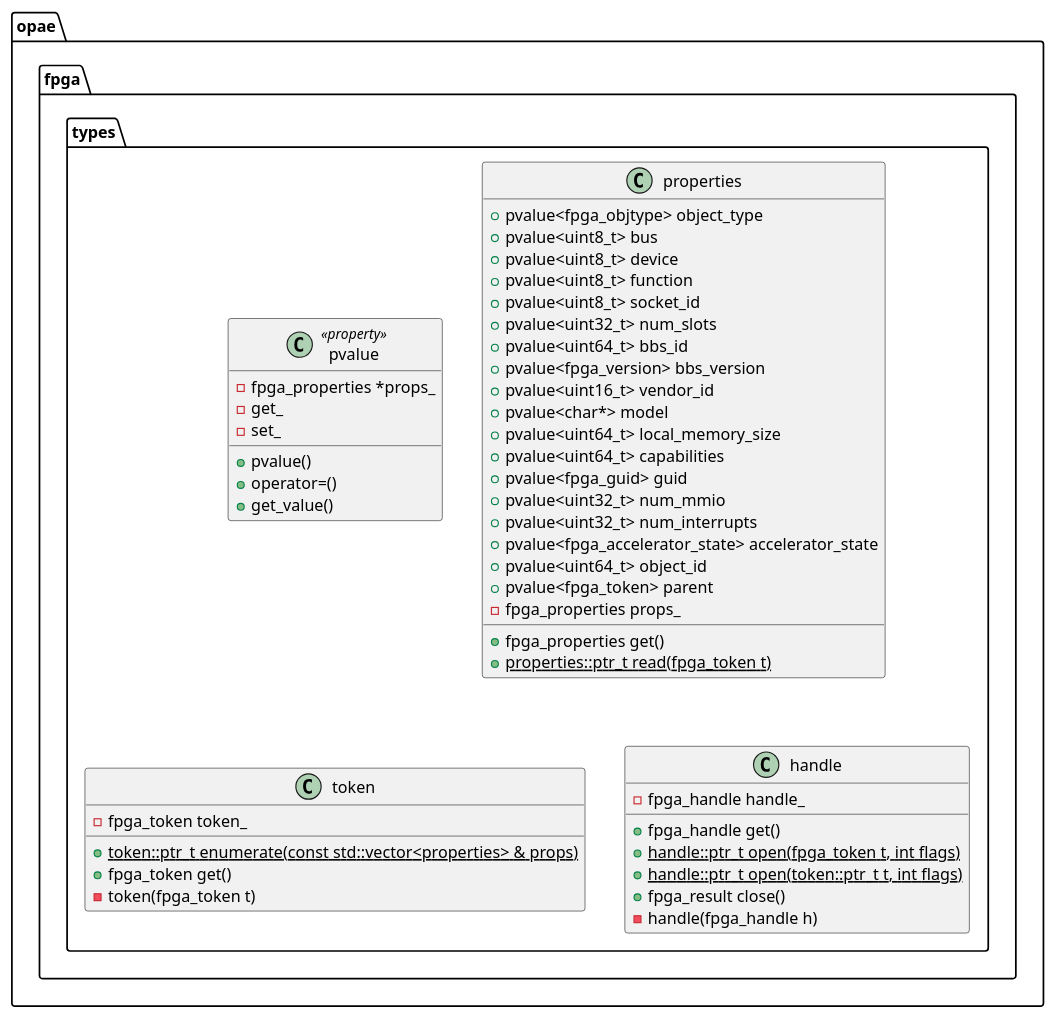
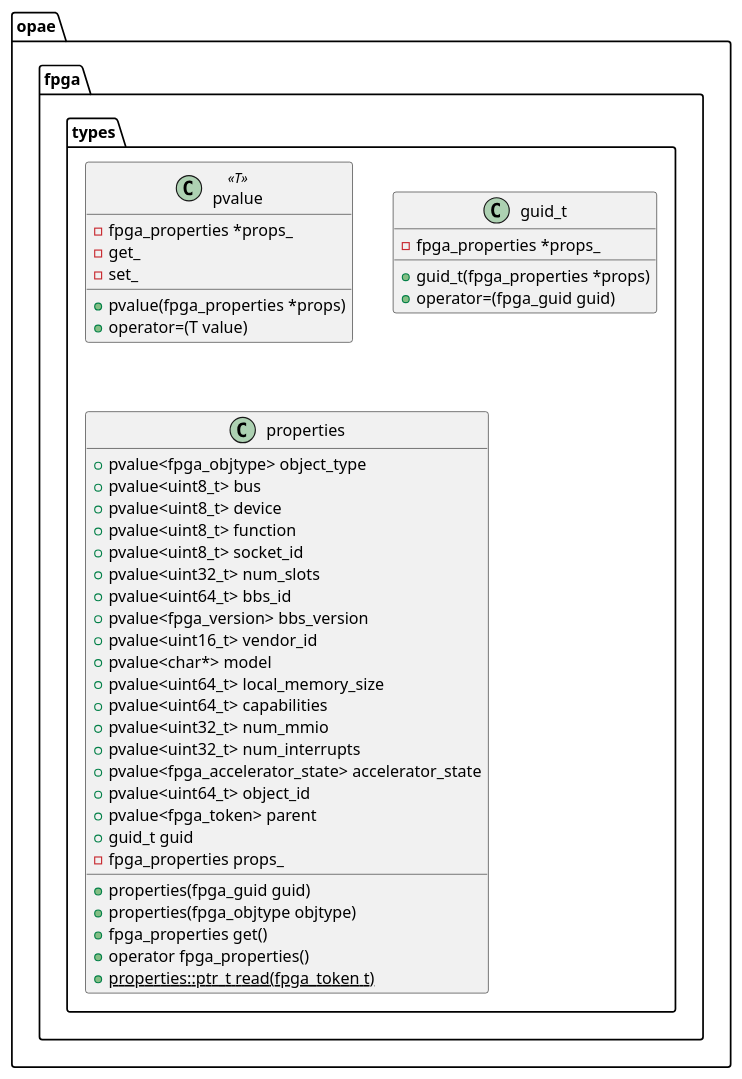
Before and after one commit to OFS/opae-sdk: the first of 4 diagrams in doc/opae-c++/opaecxx.md, drawn with PlantUML. The commit also changed other lines of this file, not shown here.

````diff
--- a/doc/opae-c++/opaecxx.md
+++ b/doc/opae-c++/opaecxx.md
@@ -37,58 +43,46 @@
 ```plantuml
 @startuml
 namespace opae.fpga.types {
 
-    class pvalue<< property >>{
+    class pvalue<< T >>{
         -fpga_properties *props_
         -get_
         -set_
-        +pvalue()
-        +operator=()
-        +get_value()
+        +pvalue(fpga_properties *props)
+        +operator=(T value)
+    }
+    
+    class guid_t {
+        -fpga_properties *props_
+        +guid_t(fpga_properties *props)
+        +operator=(fpga_guid guid)
     }
 
     class properties {
         +pvalue<fpga_objtype> object_type
         +pvalue<uint8_t> bus
         +pvalue<uint8_t> device
         +pvalue<uint8_t> function
         +pvalue<uint8_t> socket_id
         +pvalue<uint32_t> num_slots
         +pvalue<uint64_t> bbs_id
         +pvalue<fpga_version> bbs_version
         +pvalue<uint16_t> vendor_id
         +pvalue<char*> model
         +pvalue<uint64_t> local_memory_size
         +pvalue<uint64_t> capabilities
-        +pvalue<fpga_guid> guid
         +pvalue<uint32_t> num_mmio
         +pvalue<uint32_t> num_interrupts
         +pvalue<fpga_accelerator_state> accelerator_state
         +pvalue<uint64_t> object_id
         +pvalue<fpga_token> parent
+        +guid_t guid
+        +properties(fpga_guid guid)
+        +properties(fpga_objtype objtype)
         +fpga_properties get()
+        +operator fpga_properties()
         +{static} properties::ptr_t read(fpga_token t)
         -fpga_properties props_
     }
-
-    class token {
-        +{static} token::ptr_t enumerate(const std::vector<properties> & props)
-        +fpga_token get()
-        -token(fpga_token t)
-        -fpga_token token_
-    }
-    
-    class handle {
-        +fpga_handle get()
-        +{static} handle::ptr_t open(fpga_token t, int flags)
-        +{static} handle::ptr_t open(token::ptr_t t, int flags)
-        +fpga_result close()
-        -handle(fpga_handle h)
-        -fpga_handle handle_
-    }
-
-
 }
-
-@enduml
 ```
````
